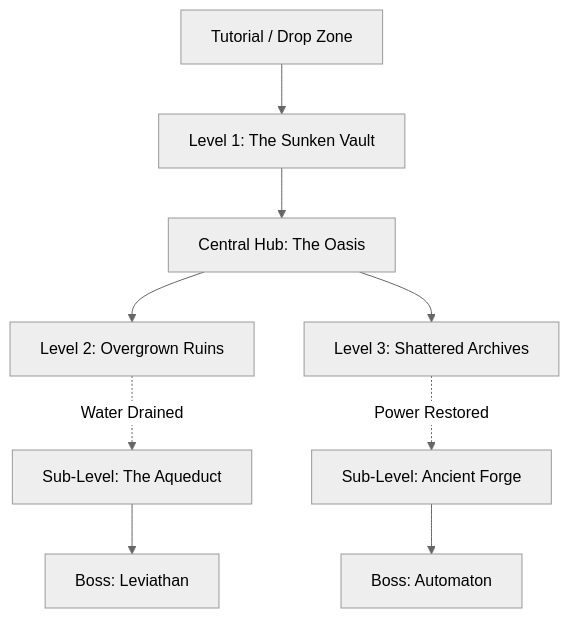
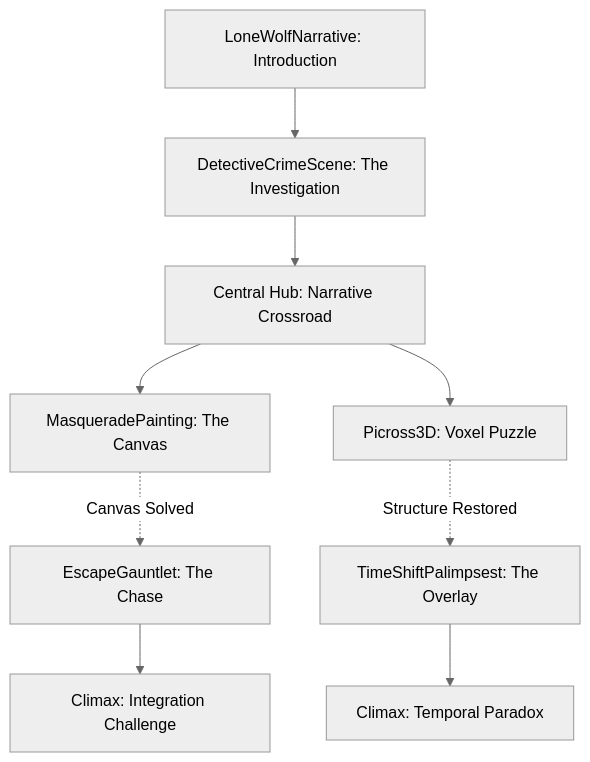
Before and after one commit to MorrisonC/Mixingflavors: the diagram in MASTER_LEVEL_DESIGN.md, drawn with Mermaid (neutral theme). The commit also changed other lines of this file, not shown here.

Commit message:
docs: update MASTER_LEVEL_DESIGN with integrated gameplay archetypes

````diff
--- a/MASTER_LEVEL_DESIGN.md
+++ b/MASTER_LEVEL_DESIGN.md
@@ -12,14 +12,14 @@
 ```mermaid
 graph TD
-    Start[Tutorial / Drop Zone] --> L1[Level 1: The Sunken Vault]
-    L1 --> Hub[Central Hub: The Oasis]
+    Start[LoneWolfNarrative: Introduction] --> L1[DetectiveCrimeScene: The Investigation]
+    L1 --> Hub[Central Hub: Narrative Crossroad]
 
-    Hub --> L2[Level 2: Overgrown Ruins]
-    Hub --> L3[Level 3: Shattered Archives]
+    Hub --> L2[MasqueradePainting: The Canvas]
+    Hub --> L3[Picross3D: Voxel Puzzle]
 
-    L2 -.->|Water Drained| Sub1[Sub-Level: The Aqueduct]
-    L3 -.->|Power Restored| Sub2[Sub-Level: Ancient Forge]
+    L2 -.->|Canvas Solved| Sub1[EscapeGauntlet: The Chase]
+    L3 -.->|Structure Restored| Sub2[TimeShiftPalimpsest: The Overlay]
 
-    Sub1 --> Boss1[Boss: Leviathan]
-    Sub2 --> Boss2[Boss: Automaton]
+    Sub1 --> Boss1[Climax: Integration Challenge]
+    Sub2 --> Boss2[Climax: Temporal Paradox]
 ```
````
